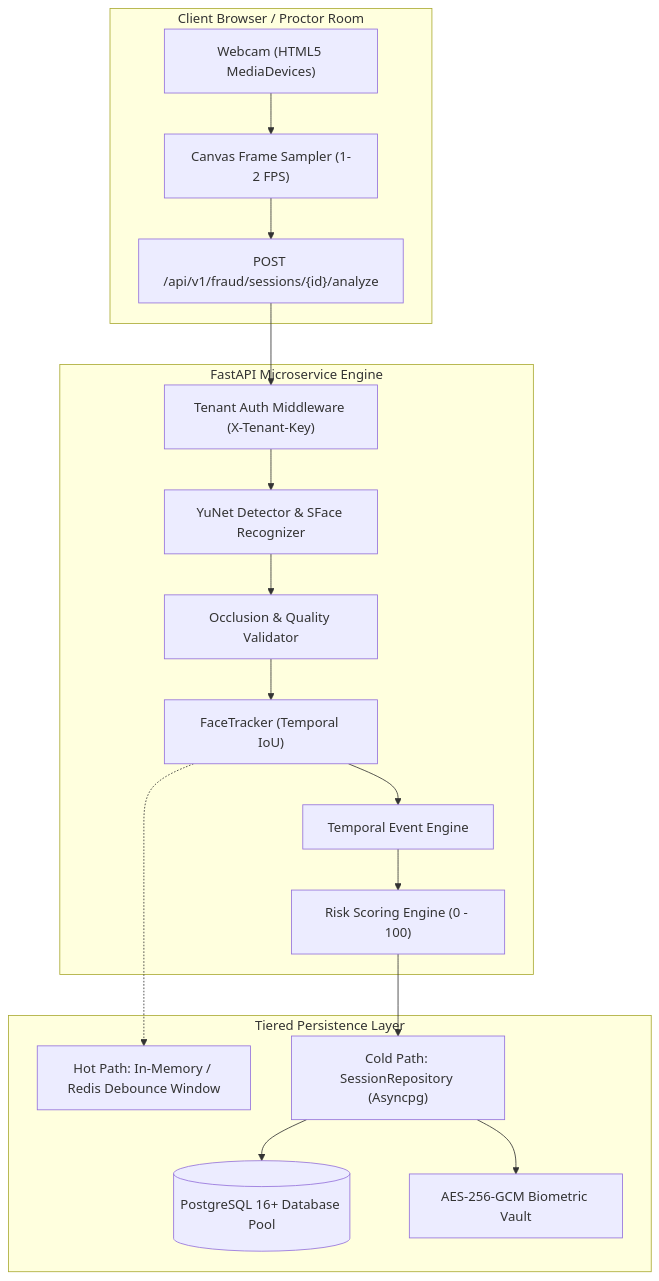
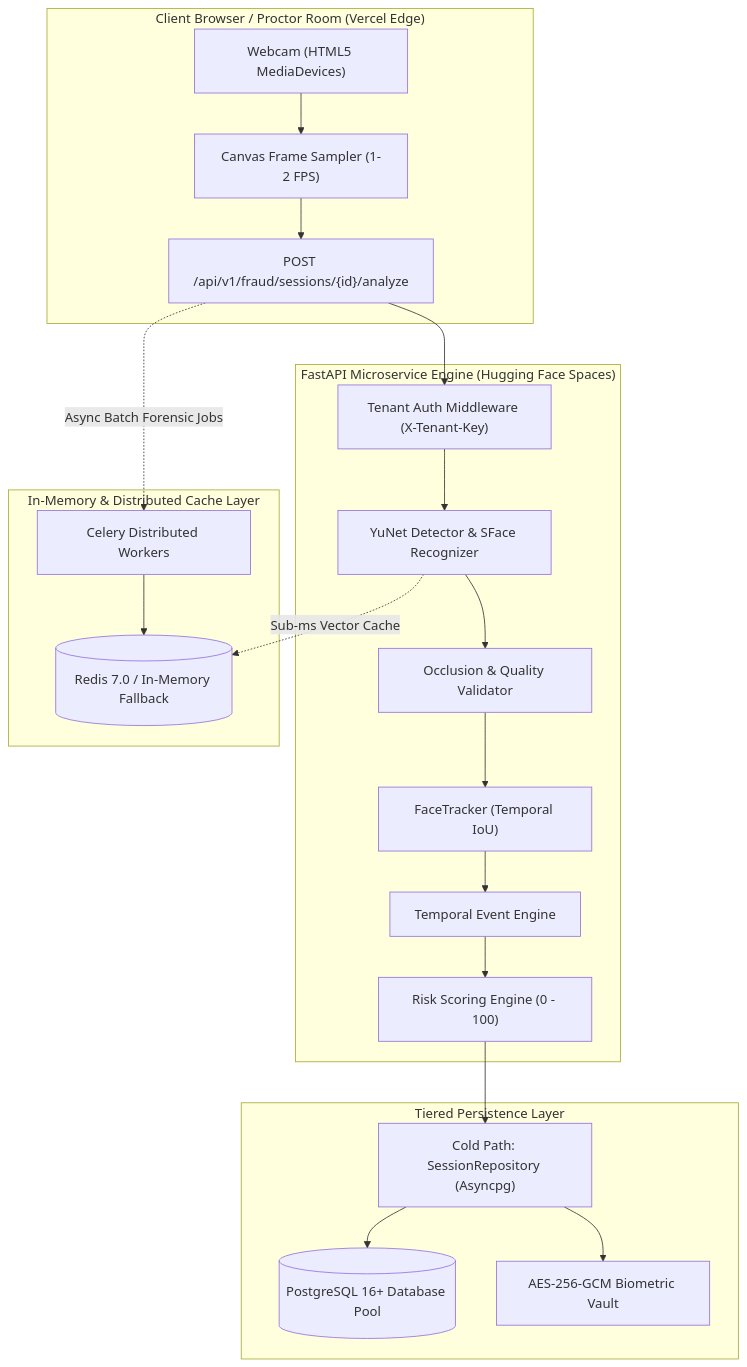
Before and after one commit to harshit7271/fraud-detection: the first of 2 diagrams in README.md, drawn with Mermaid. The commit also changed other lines of this file, not shown here.

Commit message:
docs: showcase Redis caching, Celery workers, Locust benchmarks, and hybrid cloud architecture in README

````diff
--- a/README.md
+++ b/README.md
@@ -60,23 +70,28 @@
 ```mermaid
 flowchart TD
-    subgraph Client["Client Browser / Proctor Room"]
+    subgraph Client["Client Browser / Proctor Room (Vercel Edge)"]
         CAM["Webcam (HTML5 MediaDevices)"] --> CANVAS["Canvas Frame Sampler (1-2 FPS)"]
         CANVAS --> POST["POST /api/v1/fraud/sessions/{id}/analyze"]
     end
 
-    subgraph Service["FastAPI Microservice Engine"]
+    subgraph Service["FastAPI Microservice Engine (Hugging Face Spaces)"]
         POST --> AUTH["Tenant Auth Middleware (X-Tenant-Key)"]
         AUTH --> CV["YuNet Detector & SFace Recognizer"]
         CV --> OCC["Occlusion & Quality Validator"]
         OCC --> TRACKER["FaceTracker (Temporal IoU)"]
         TRACKER --> DEBOUNCE["Temporal Event Engine"]
         DEBOUNCE --> SCORE["Risk Scoring Engine (0 - 100)"]
     end
 
+    subgraph CacheAndQueue["In-Memory & Distributed Cache Layer"]
+        CV -.->|"Sub-ms Vector Cache"| REDIS[("Redis 7.0 / In-Memory Fallback")]
+        POST -.->|"Async Batch Forensic Jobs"| CELERY["Celery Distributed Workers"]
+        CELERY --> REDIS
+    end
+
     subgraph DataStorage["Tiered Persistence Layer"]
-        TRACKER -.-> HOT["Hot Path: In-Memory / Redis Debounce Window"]
         SCORE --> COLD["Cold Path: SessionRepository (Asyncpg)"]
         COLD --> PG[("PostgreSQL 16+ Database Pool")]
         COLD --> CRYPTO["AES-256-GCM Biometric Vault"]
     end
 ```
````
